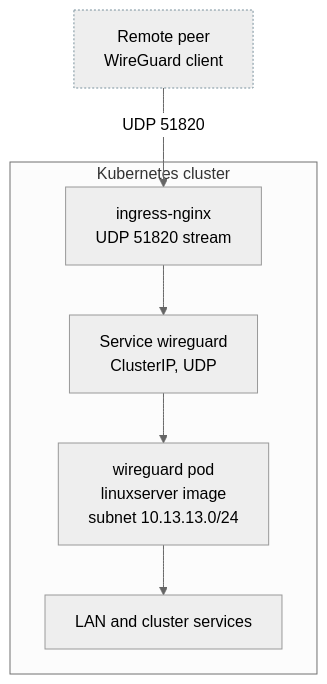
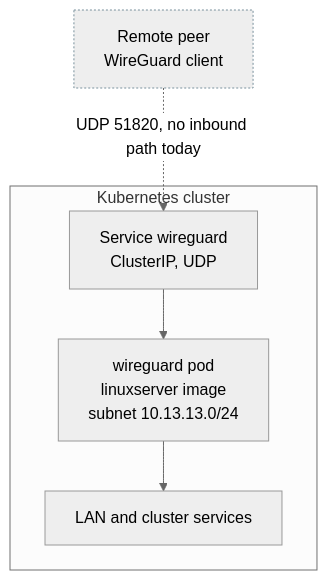
Before and after one commit to chrisleekr/homelab-infrastructure: the diagram in docs/stage2/wireguard.md, drawn with Mermaid (neutral theme). The commit also changed other lines of this file and 143 other files, not shown here.

Commit message:
feat(stage2): migrate nginx-ingress to Istio Gateway API (#119)

````diff
--- a/docs/stage2/wireguard.md
+++ b/docs/stage2/wireguard.md
@@ -9,18 +9,16 @@
 ```mermaid
 flowchart TB
     peer["Remote peer<br/>WireGuard client"]:::aux
 
     subgraph cluster [Kubernetes cluster]
-        ingress["ingress-nginx<br/>UDP 51820 stream"]
         wgsvc["Service wireguard<br/>ClusterIP, UDP"]
         wgpod["wireguard pod<br/>linuxserver image<br/>subnet 10.13.13.0/24"]
         lan["LAN and cluster services"]
     end
 
-    peer -->|"UDP 51820"| ingress
-    ingress --> wgsvc
+    peer -.->|"UDP 51820, no inbound path today"| wgsvc
     wgsvc --> wgpod
     wgpod --> lan
 
     classDef aux stroke:#78909c,stroke-dasharray:2 2
 ```
````
